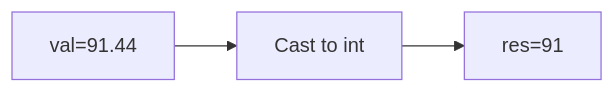
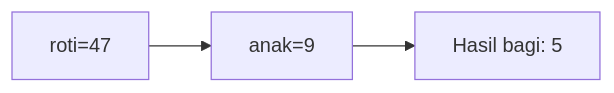
Before and after one commit to amnahwaida/OSNK_INF_PREP: the first of 25 diagrams in part-c-pemahaman-cpp/01-tipe-data/latihan/set-02.md, drawn with Mermaid. The commit also changed other lines of this file and 71 other files, not shown here.

````diff
--- a/part-c-pemahaman-cpp/01-tipe-data/latihan/set-02.md
+++ b/part-c-pemahaman-cpp/01-tipe-data/latihan/set-02.md
@@ -21,5 +22,5 @@
 ```mermaid
 graph LR
-A["val=91.44"] --> B["Cast to int"]
-B --> C["res=91"]
+A["roti=47"] --> B["anak=9"]
+B --> C["Hasil bagi: 5"]
 ```
````
